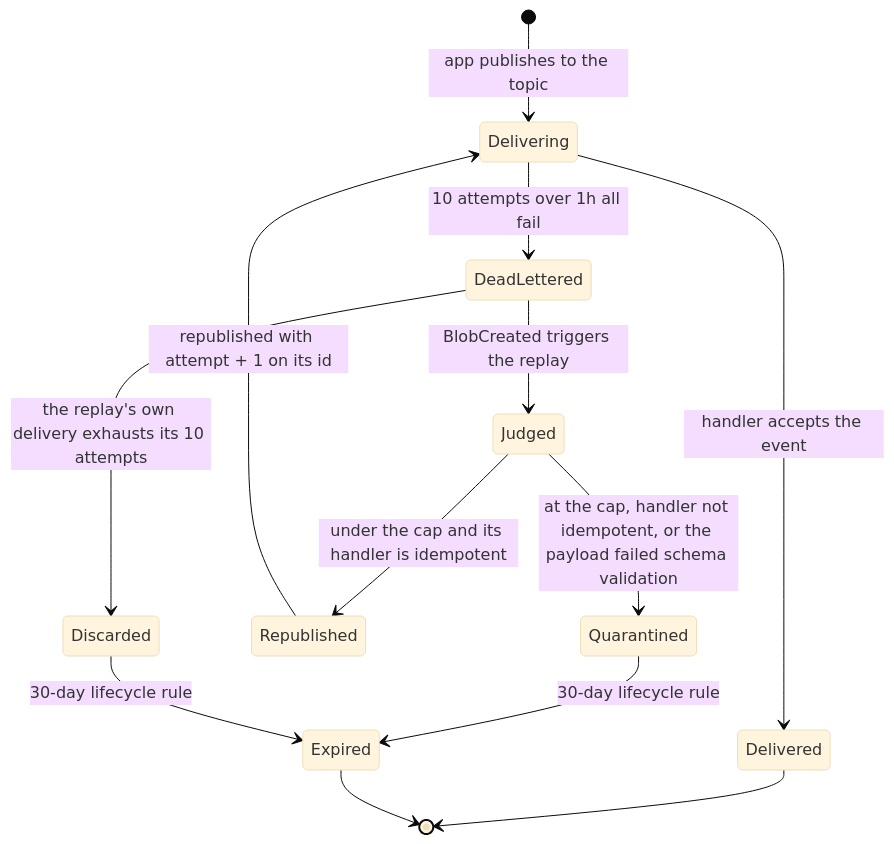
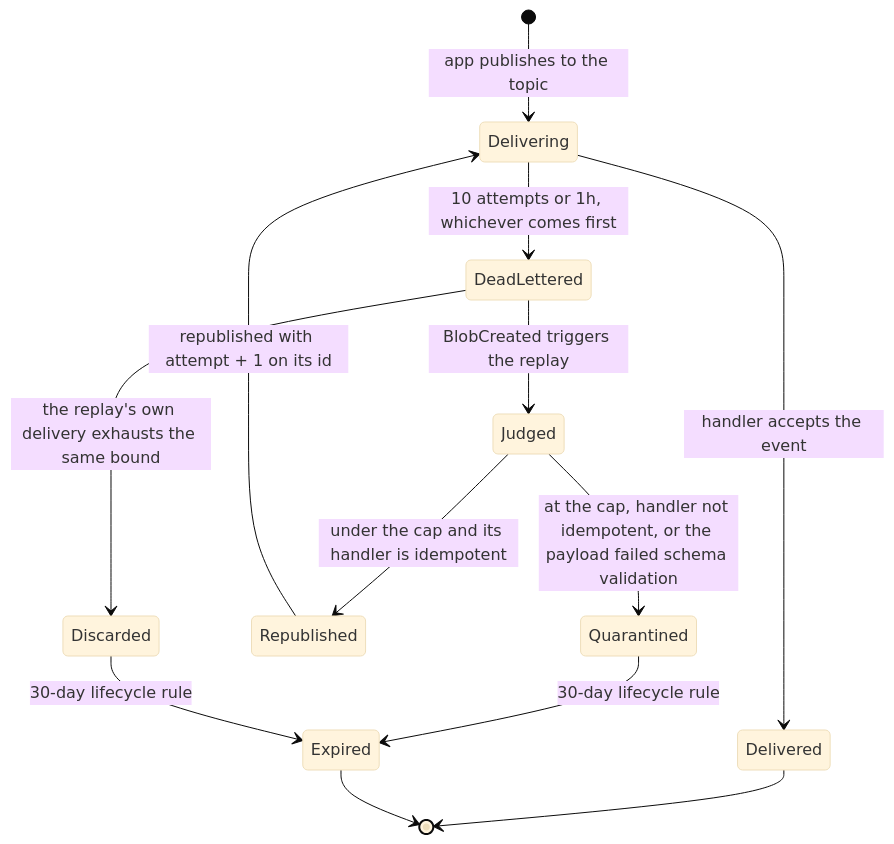
The second of 2 diagrams in packages/app/content/docs/infra/eventgrid-dead-letter.md (Esposter/Esposter), drawn with Mermaid (base theme) before and after one commit. The commit also changed other lines of this file and 5 other files, not shown here.

````diff
--- a/packages/app/content/docs/infra/eventgrid-dead-letter.md
+++ b/packages/app/content/docs/infra/eventgrid-dead-letter.md
@@ -82,15 +82,15 @@
 ```mermaid
 stateDiagram-v2
   [*] --> Delivering: app publishes to the topic
   Delivering --> Delivered: handler accepts the event
-  Delivering --> DeadLettered: 10 attempts over 1h all fail
+  Delivering --> DeadLettered: 10 attempts or 1h, whichever comes first
   DeadLettered --> Judged: BlobCreated triggers the replay
-  DeadLettered --> Discarded: the replay's own delivery exhausts its 10 attempts
+  DeadLettered --> Discarded: the replay's own delivery exhausts the same bound
   Judged --> Republished: under the cap and its handler is idempotent
   Judged --> Quarantined: at the cap, handler not idempotent, or the payload failed schema validation
   Republished --> Delivering: republished with attempt + 1 on its id
   Quarantined --> Expired: 30-day lifecycle rule
   Discarded --> Expired: 30-day lifecycle rule
   Delivered --> [*]
   Expired --> [*]
 ```
````
